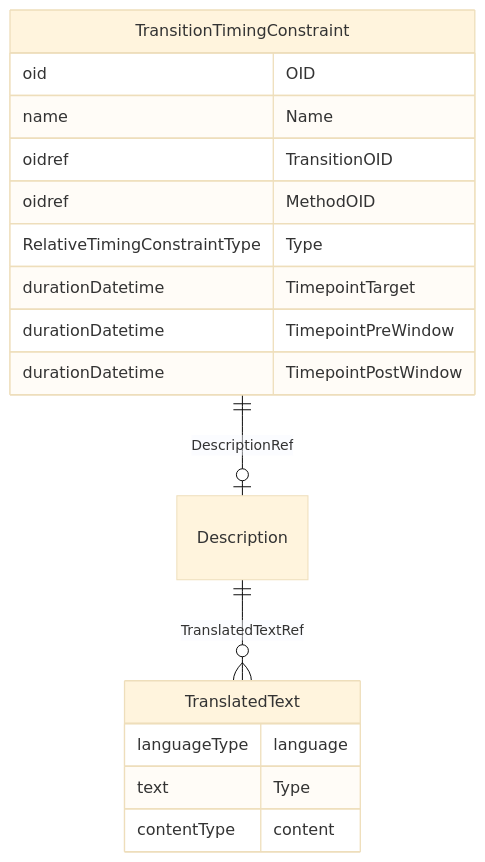
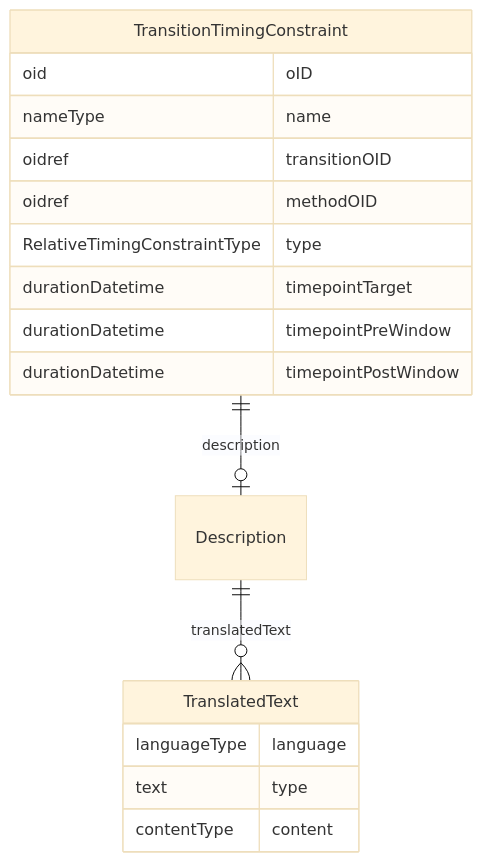
One commit to cdisc-org/DataExchange-ODM-LinkML changed the diagram in docs/TransitionTimingConstraint.md. Above: the diagram before and after it, drawn with Mermaid (base theme). The commit also changed other lines of this file and 759 other files, not shown here.

````diff
--- a/docs/TransitionTimingConstraint.md
+++ b/docs/TransitionTimingConstraint.md
@@ -11,25 +11,25 @@
 ```mermaid
 erDiagram
 TransitionTimingConstraint {
-    oid OID  
-    name Name  
-    oidref TransitionOID  
-    oidref MethodOID  
-    RelativeTimingConstraintType Type  
-    durationDatetime TimepointTarget  
-    durationDatetime TimepointPreWindow  
-    durationDatetime TimepointPostWindow  
+    oid oID  
+    nameType name  
+    oidref transitionOID  
+    oidref methodOID  
+    RelativeTimingConstraintType type  
+    durationDatetime timepointTarget  
+    durationDatetime timepointPreWindow  
+    durationDatetime timepointPostWindow  
 }
 Description {
 
 }
 TranslatedText {
     languageType language  
-    text Type  
+    text type  
     contentType content  
 }
 
-TransitionTimingConstraint ||--|o Description : "DescriptionRef"
-Description ||--}o TranslatedText : "TranslatedTextRef"
+TransitionTimingConstraint ||--|o Description : "description"
+Description ||--}o TranslatedText : "translatedText"
 
 ```
````
